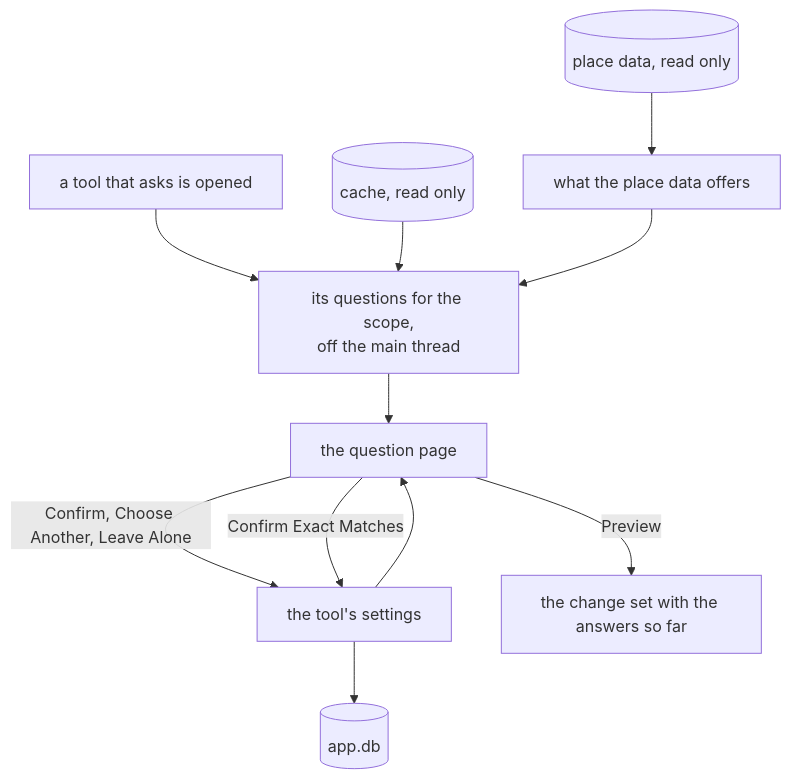
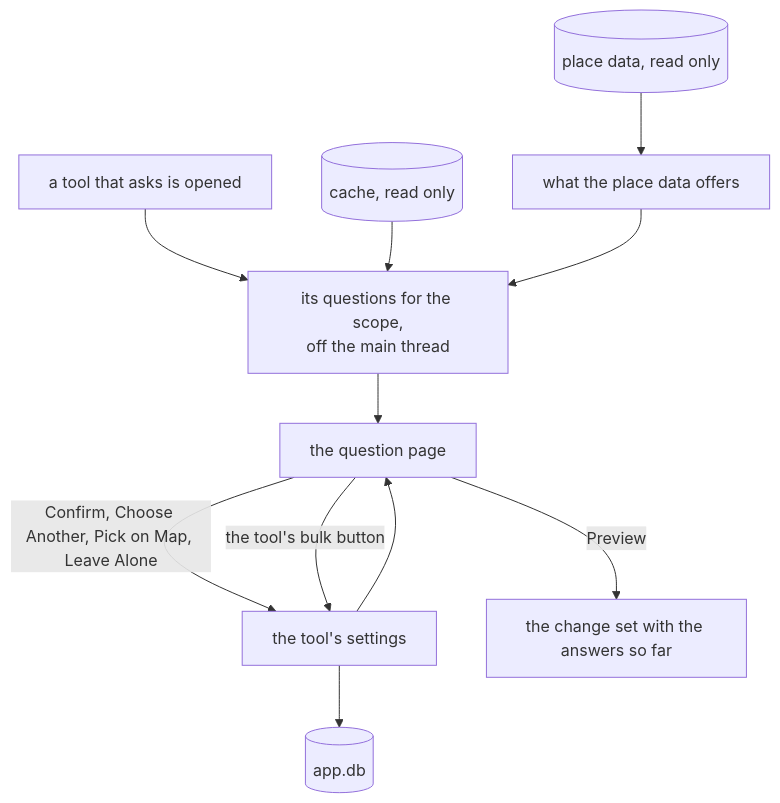
One commit to xuedi/photoManager changed the second of 2 diagrams in docs/tools.md. Above: the diagram before and after it, drawn with Mermaid. The commit also changed other lines of this file and 4 other files, not shown here.

````diff
--- a/docs/tools.md
+++ b/docs/tools.md
@@ -79,13 +87,13 @@
 ```mermaid
 flowchart TD
     open[a tool that asks is opened] --> ask[its questions for the scope,<br/>off the main thread]
     cache[(cache, read only)] --> ask
     geo[(place data, read only)] --> offers[what the place data offers]
     offers --> ask
     ask --> page[the question page]
-    page -- Confirm, Choose Another, Leave Alone --> answers[the tool's settings]
-    page -- Confirm Exact Matches --> answers
+    page -- Confirm, Choose Another, Pick on Map, Leave Alone --> answers[the tool's settings]
+    page -- the tool's bulk button --> answers
     answers --> kept[(app.db)]
     answers --> page
     page -- Preview --> preview[the change set with the answers so far]
 ```
````
